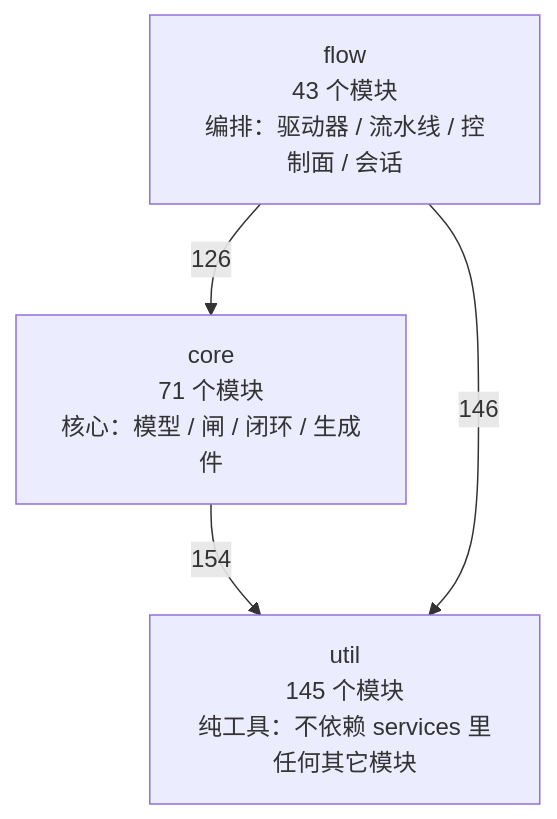
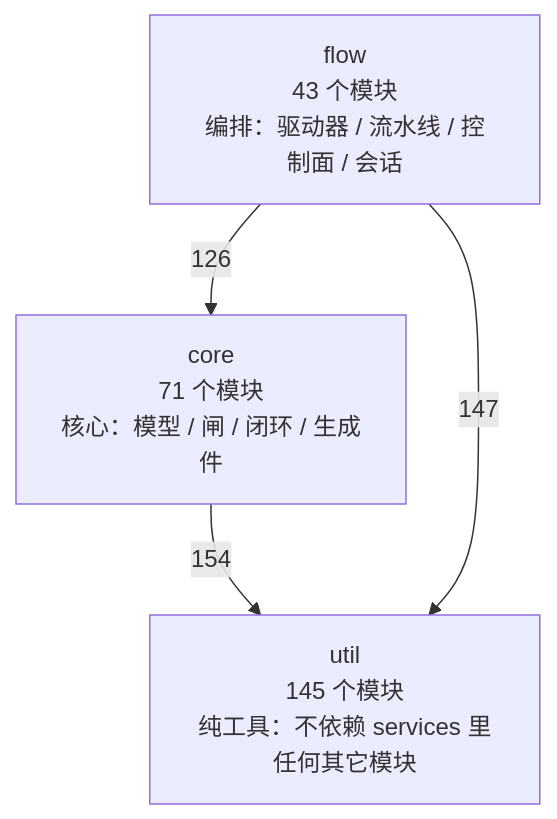
One commit to 2686521696/WhyBuddy changed the first of 4 diagrams in docs/SlideRule V6.2 架构图（自动生成）.md. Above: the diagram before and after it, drawn with Mermaid. The commit also changed other lines of this file and 1 other file, not shown here.

````diff
--- a/docs/SlideRule V6.2 架构图（自动生成）.md
+++ b/docs/SlideRule V6.2 架构图（自动生成）.md
@@ -50,9 +50,9 @@
 ```mermaid
 flowchart TB
   util["util<br/>145 个模块<br/>纯工具：不依赖 services 里任何其它模块"]
   core["core<br/>71 个模块<br/>核心：模型 / 闸 / 闭环 / 生成件"]
   flow["flow<br/>43 个模块<br/>编排：驱动器 / 流水线 / 控制面 / 会话"]
   core -->|154| util
   flow -->|126| core
-  flow -->|146| util
+  flow -->|147| util
 ```
````
